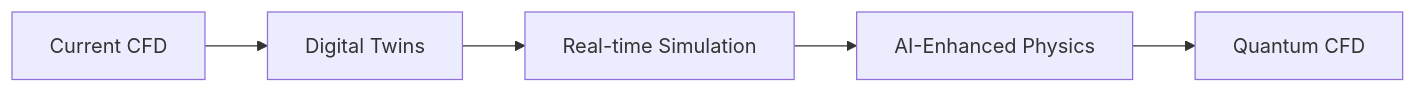
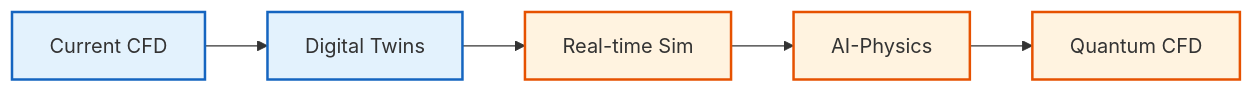
One commit to wramet/build-my-cfd changed the diagram in MODULE_03_SINGLE_PHASE_FLOW/CONTENT/07_ADVANCED_TOPICS/04_Multiphysics.md. Above: the diagram before and after it, drawn with Mermaid. The commit also changed 313 other files, not shown here.

Commit message:
Revise all diagram

````diff
--- a/MODULE_03_SINGLE_PHASE_FLOW/CONTENT/07_ADVANCED_TOPICS/04_Multiphysics.md
+++ b/MODULE_03_SINGLE_PHASE_FLOW/CONTENT/07_ADVANCED_TOPICS/04_Multiphysics.md
@@ -402,7 +402,11 @@
 ```mermaid
 flowchart LR
-    A[Current CFD] --> B[Digital Twins]
-    B --> C[Real-time Simulation]
-    C --> D[AI-Enhanced Physics]
-    D --> E[Quantum CFD]
+%% Classes
+classDef explicit fill:#fff3e0,stroke:#e65100,stroke-width:2px;
+classDef implicit fill:#e3f2fd,stroke:#1565c0,stroke-width:2px;
+%% Nodes
+A[Current CFD]:::implicit --> B[Digital Twins]:::implicit
+B --> C[Real-time Sim]:::explicit
+C --> D[AI-Physics]:::explicit
+D --> E[Quantum CFD]:::explicit
 ```
````
